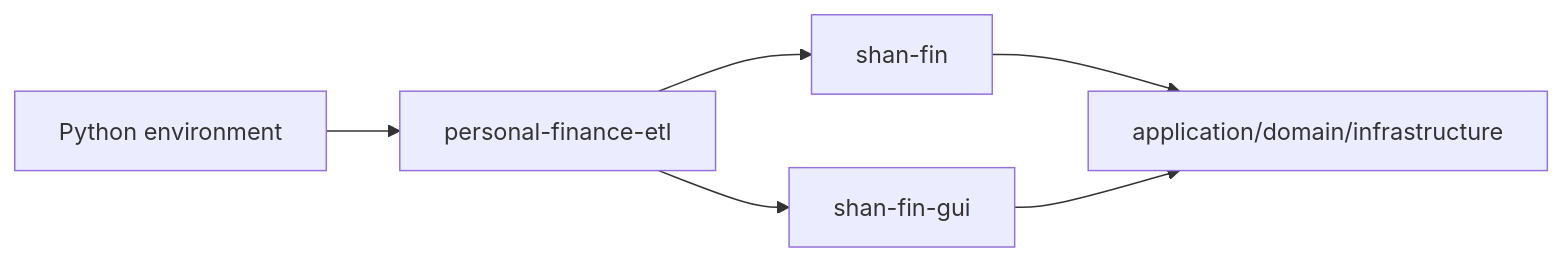
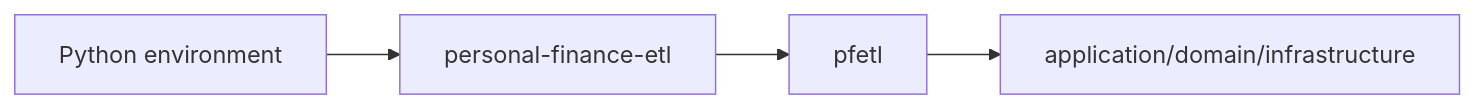
Before and after one commit to tks18/personal-finance-etl: the diagram in docs/getting-started/installation.md, drawn with Mermaid. The commit also changed other lines of this file and 4 other files, not shown here.

Commit message:
docs(cli): update documentation and guides for canonical pfetl command

````diff
--- a/docs/getting-started/installation.md
+++ b/docs/getting-started/installation.md
@@ -28,13 +28,10 @@
 ```mermaid
 flowchart LR
     PY["Python environment"]
     PKG["personal-finance-etl"]
-    CLI["shan-fin"]
-    GUI["shan-fin-gui"]
+    CLI["pfetl"]
     CORE["application/domain/infrastructure"]
 
     PY --> PKG --> CLI
-    PKG --> GUI
     CLI --> CORE
-    GUI --> CORE
 ```
````
